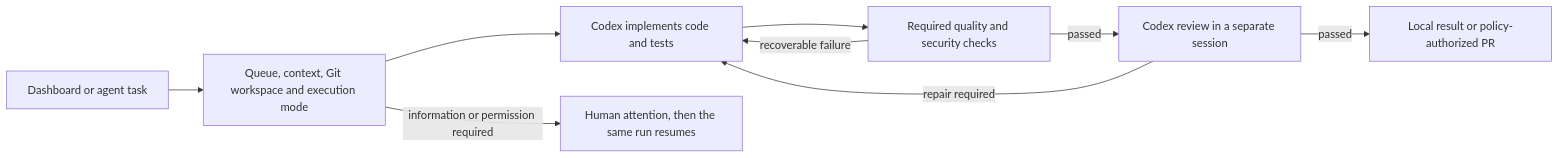
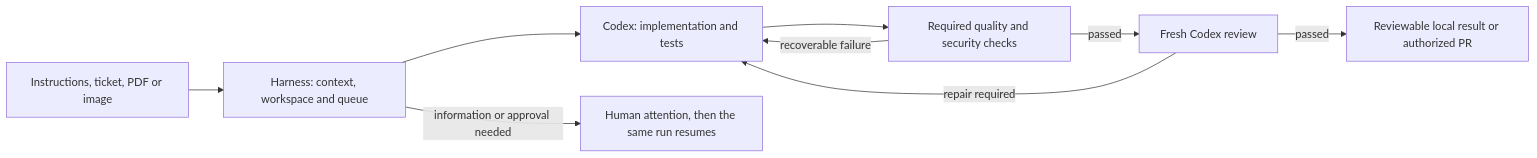
The diagram in README.md (mdvcode/agents), drawn with Mermaid before and after one commit. The commit also changed other lines of this file, not shown here.

Commit message:
docs: clarify setup and task workflows

````diff
--- a/README.md
+++ b/README.md
@@ -38,11 +89,11 @@
 ```mermaid
 flowchart LR
-    A["Dashboard or agent task"] --> B["Queue, context, Git workspace and execution mode"]
-    B --> C["Codex implements code and tests"]
+    A["Instructions, ticket, PDF or image"] --> B["Harness: context, workspace and queue"]
+    B --> C["Codex: implementation and tests"]
     C --> D["Required quality and security checks"]
-    D -->|"passed"| E["Codex review in a separate session"]
+    D -->|"passed"| E["Fresh Codex review"]
     D -->|"recoverable failure"| C
     E -->|"repair required"| C
-    E -->|"passed"| F["Local result or policy-authorized PR"]
-    B -->|"information or permission required"| G["Human attention, then the same run resumes"]
+    E -->|"passed"| F["Reviewable local result or authorized PR"]
+    B -->|"information or approval needed"| G["Human attention, then the same run resumes"]
 ```
````
